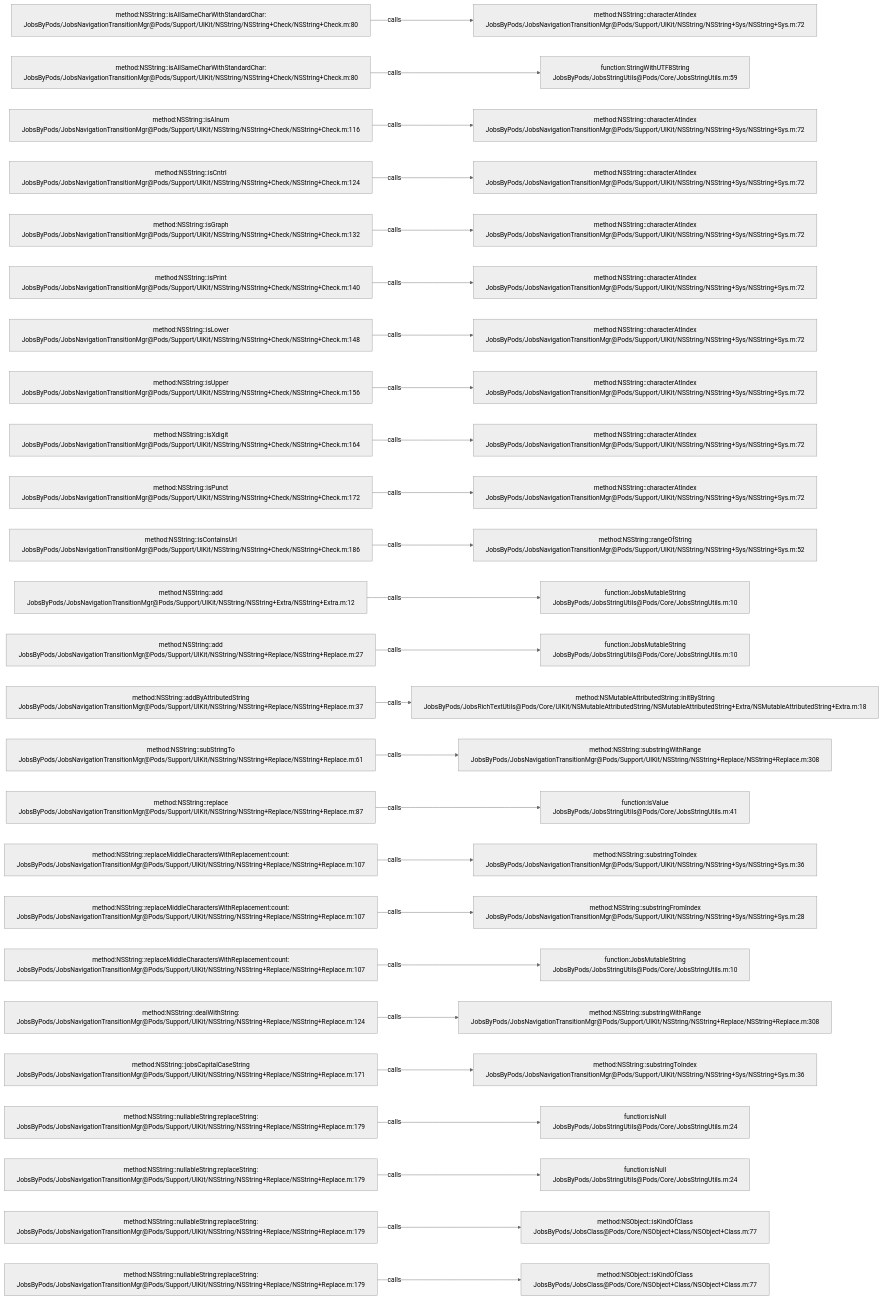
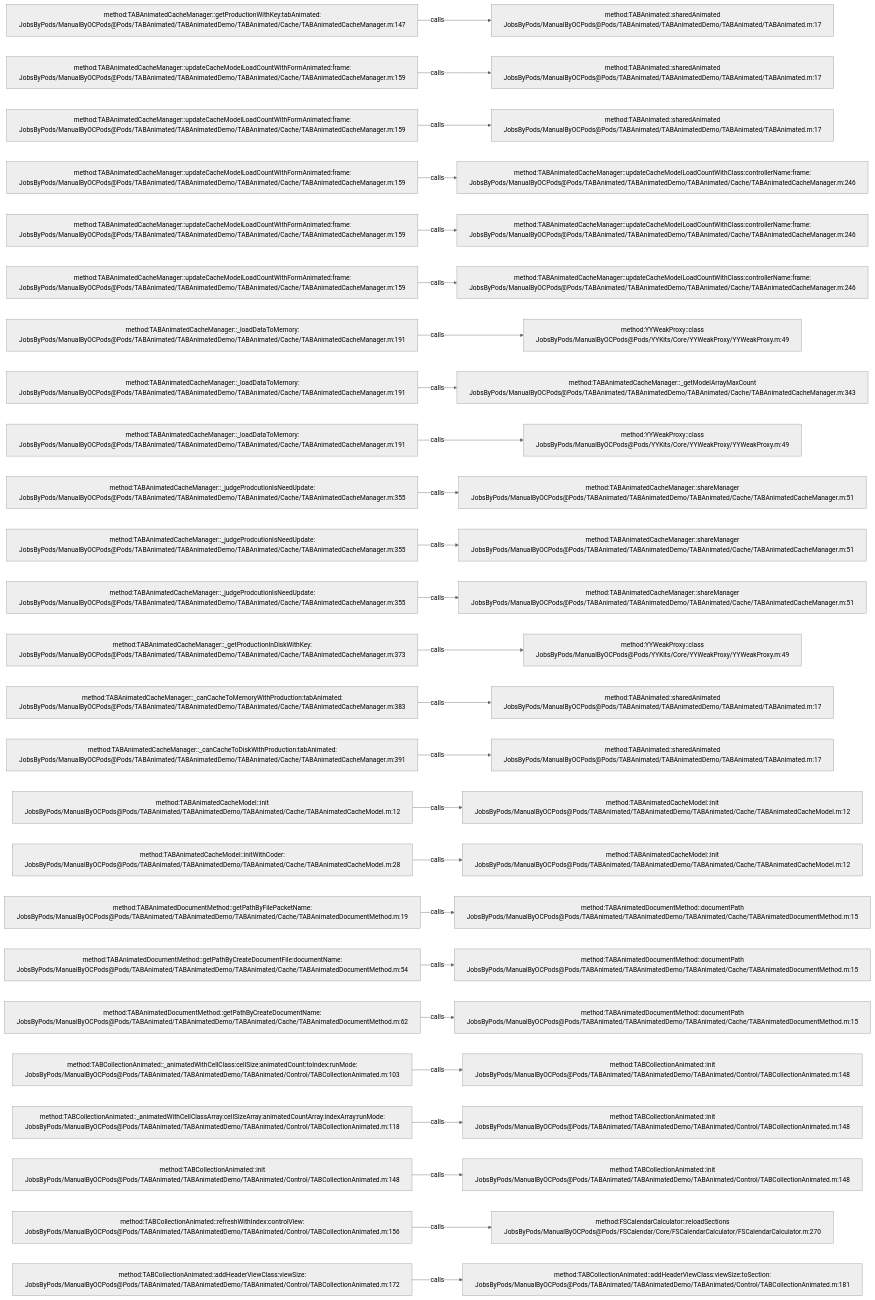
The diagram in .codegraph/codegraph.md/graphs/calls-126.md (JobsKits/JobsOCBaseConfigDemo), drawn with Mermaid (neutral theme) before and after one commit. The commit also changed 573 other files, not shown here.

````diff
--- a/.codegraph/codegraph.md/graphs/calls-126.md
+++ b/.codegraph/codegraph.md/graphs/calls-126.md
@@ -13,78 +13,78 @@
 ```mermaid
 flowchart LR
-  S1["method:NSString::isAllSameCharWithStandardChar:<br/>JobsByPods/JobsNavigationTransitionMgr@Pods/Support/UIKit/NSString/NSString+Check/NSString+Check.m:80"]
-  T1["method:NSString::characterAtIndex<br/>JobsByPods/JobsNavigationTransitionMgr@Pods/Support/UIKit/NSString/NSString+Sys/NSString+Sys.m:72"]
+  S1["method:TABAnimatedCacheManager::getProductionWithKey:tabAnimated:<br/>JobsByPods/ManualByOCPods@Pods/TABAnimated/TABAnimatedDemo/TABAnimated/Cache/TABAnimatedCacheManager.m:147"]
+  T1["method:TABAnimated::sharedAnimated<br/>JobsByPods/ManualByOCPods@Pods/TABAnimated/TABAnimatedDemo/TABAnimated/TABAnimated.m:17"]
   S1 -->|calls| T1
-  S2["method:NSString::isAllSameCharWithStandardChar:<br/>JobsByPods/JobsNavigationTransitionMgr@Pods/Support/UIKit/NSString/NSString+Check/NSString+Check.m:80"]
-  T2["function:StringWithUTF8String<br/>JobsByPods/JobsStringUtils@Pods/Core/JobsStringUtils.m:59"]
+  S2["method:TABAnimatedCacheManager::updateCacheModelLoadCountWithFormAnimated:frame:<br/>JobsByPods/ManualByOCPods@Pods/TABAnimated/TABAnimatedDemo/TABAnimated/Cache/TABAnimatedCacheManager.m:159"]
+  T2["method:TABAnimated::sharedAnimated<br/>JobsByPods/ManualByOCPods@Pods/TABAnimated/TABAnimatedDemo/TABAnimated/TABAnimated.m:17"]
   S2 -->|calls| T2
-  S3["method:NSString::isAlnum<br/>JobsByPods/JobsNavigationTransitionMgr@Pods/Support/UIKit/NSString/NSString+Check/NSString+Check.m:116"]
-  T3["method:NSString::characterAtIndex<br/>JobsByPods/JobsNavigationTransitionMgr@Pods/Support/UIKit/NSString/NSString+Sys/NSString+Sys.m:72"]
+  S3["method:TABAnimatedCacheManager::updateCacheModelLoadCountWithFormAnimated:frame:<br/>JobsByPods/ManualByOCPods@Pods/TABAnimated/TABAnimatedDemo/TABAnimated/Cache/TABAnimatedCacheManager.m:159"]
+  T3["method:TABAnimated::sharedAnimated<br/>JobsByPods/ManualByOCPods@Pods/TABAnimated/TABAnimatedDemo/TABAnimated/TABAnimated.m:17"]
   S3 -->|calls| T3
-  S4["method:NSString::isCntrl<br/>JobsByPods/JobsNavigationTransitionMgr@Pods/Support/UIKit/NSString/NSString+Check/NSString+Check.m:124"]
-  T4["method:NSString::characterAtIndex<br/>JobsByPods/JobsNavigationTransitionMgr@Pods/Support/UIKit/NSString/NSString+Sys/NSString+Sys.m:72"]
+  S4["method:TABAnimatedCacheManager::updateCacheModelLoadCountWithFormAnimated:frame:<br/>JobsByPods/ManualByOCPods@Pods/TABAnimated/TABAnimatedDemo/TABAnimated/Cache/TABAnimatedCacheManager.m:159"]
+  T4["method:TABAnimatedCacheManager::updateCacheModelLoadCountWithClass:controllerName:frame:<br/>JobsByPods/ManualByOCPods@Pods/TABAnimated/TABAnimatedDemo/TABAnimated/Cache/TABAnimatedCacheManager.m:246"]
   S4 -->|calls| T4
-  S5["method:NSString::isGraph<br/>JobsByPods/JobsNavigationTransitionMgr@Pods/Support/UIKit/NSString/NSString+Check/NSString+Check.m:132"]
-  T5["method:NSString::characterAtIndex<br/>JobsByPods/JobsNavigationTransitionMgr@Pods/Support/UIKit/NSString/NSString+Sys/NSString+Sys.m:72"]
+  S5["method:TABAnimatedCacheManager::updateCacheModelLoadCountWithFormAnimated:frame:<br/>JobsByPods/ManualByOCPods@Pods/TABAnimated/TABAnimatedDemo/TABAnimated/Cache/TABAnimatedCacheManager.m:159"]
+  T5["method:TABAnimatedCacheManager::updateCacheModelLoadCountWithClass:controllerName:frame:<br/>JobsByPods/ManualByOCPods@Pods/TABAnimated/TABAnimatedDemo/TABAnimated/Cache/TABAnimatedCacheManager.m:246"]
   S5 -->|calls| T5
-  S6["method:NSString::isPrint<br/>JobsByPods/JobsNavigationTransitionMgr@Pods/Support/UIKit/NSString/NSString+Check/NSString+Check.m:140"]
-  T6["method:NSString::characterAtIndex<br/>JobsByPods/JobsNavigationTransitionMgr@Pods/Support/UIKit/NSString/NSString+Sys/NSString+Sys.m:72"]
+  S6["method:TABAnimatedCacheManager::updateCacheModelLoadCountWithFormAnimated:frame:<br/>JobsByPods/ManualByOCPods@Pods/TABAnimated/TABAnimatedDemo/TABAnimated/Cache/TABAnimatedCacheManager.m:159"]
+  T6["method:TABAnimatedCacheManager::updateCacheModelLoadCountWithClass:controllerName:frame:<br/>JobsByPods/ManualByOCPods@Pods/TABAnimated/TABAnimatedDemo/TABAnimated/Cache/TABAnimatedCacheManager.m:246"]
   S6 -->|calls| T6
-  S7["method:NSString::isLower<br/>JobsByPods/JobsNavigationTransitionMgr@Pods/Support/UIKit/NSString/NSString+Check/NSString+Check.m:148"]
-  T7["method:NSString::characterAtIndex<br/>JobsByPods/JobsNavigationTransitionMgr@Pods/Support/UIKit/NSString/NSString+Sys/NSString+Sys.m:72"]
+  S7["method:TABAnimatedCacheManager::_loadDataToMemory:<br/>JobsByPods/ManualByOCPods@Pods/TABAnimated/TABAnimatedDemo/TABAnimated/Cache/TABAnimatedCacheManager.m:191"]
+  T7["method:YYWeakProxy::class<br/>JobsByPods/ManualByOCPods@Pods/YYKits/Core/YYWeakProxy/YYWeakProxy.m:49"]
   S7 -->|calls| T7
-  S8["method:NSString::isUpper<br/>JobsByPods/JobsNavigationTransitionMgr@Pods/Support/UIKit/NSString/NSString+Check/NSString+Check.m:156"]
-  T8["method:NSString::characterAtIndex<br/>JobsByPods/JobsNavigationTransitionMgr@Pods/Support/UIKit/NSString/NSString+Sys/NSString+Sys.m:72"]
+  S8["method:TABAnimatedCacheManager::_loadDataToMemory:<br/>JobsByPods/ManualByOCPods@Pods/TABAnimated/TABAnimatedDemo/TABAnimated/Cache/TABAnimatedCacheManager.m:191"]
+  T8["method:TABAnimatedCacheManager::_getModelArrayMaxCount<br/>JobsByPods/ManualByOCPods@Pods/TABAnimated/TABAnimatedDemo/TABAnimated/Cache/TABAnimatedCacheManager.m:343"]
   S8 -->|calls| T8
-  S9["method:NSString::isXdigit<br/>JobsByPods/JobsNavigationTransitionMgr@Pods/Support/UIKit/NSString/NSString+Check/NSString+Check.m:164"]
-  T9["method:NSString::characterAtIndex<br/>JobsByPods/JobsNavigationTransitionMgr@Pods/Support/UIKit/NSString/NSString+Sys/NSString+Sys.m:72"]
+  S9["method:TABAnimatedCacheManager::_loadDataToMemory:<br/>JobsByPods/ManualByOCPods@Pods/TABAnimated/TABAnimatedDemo/TABAnimated/Cache/TABAnimatedCacheManager.m:191"]
+  T9["method:YYWeakProxy::class<br/>JobsByPods/ManualByOCPods@Pods/YYKits/Core/YYWeakProxy/YYWeakProxy.m:49"]
   S9 -->|calls| T9
-  S10["method:NSString::isPunct<br/>JobsByPods/JobsNavigationTransitionMgr@Pods/Support/UIKit/NSString/NSString+Check/NSString+Check.m:172"]
-  T10["method:NSString::characterAtIndex<br/>JobsByPods/JobsNavigationTransitionMgr@Pods/Support/UIKit/NSString/NSString+Sys/NSString+Sys.m:72"]
+  S10["method:TABAnimatedCacheManager::_judgeProdcutionIsNeedUpdate:<br/>JobsByPods/ManualByOCPods@Pods/TABAnimated/TABAnimatedDemo/TABAnimated/Cache/TABAnimatedCacheManager.m:355"]
+  T10["method:TABAnimatedCacheManager::shareManager<br/>JobsByPods/ManualByOCPods@Pods/TABAnimated/TABAnimatedDemo/TABAnimated/Cache/TABAnimatedCacheManager.m:51"]
   S10 -->|calls| T10
-  S11["method:NSString::isContainsUrl<br/>JobsByPods/JobsNavigationTransitionMgr@Pods/Support/UIKit/NSString/NSString+Check/NSString+Check.m:186"]
-  T11["method:NSString::rangeOfString<br/>JobsByPods/JobsNavigationTransitionMgr@Pods/Support/UIKit/NSString/NSString+Sys/NSString+Sys.m:52"]
+  S11["method:TABAnimatedCacheManager::_judgeProdcutionIsNeedUpdate:<br/>JobsByPods/ManualByOCPods@Pods/TABAnimated/TABAnimatedDemo/TABAnimated/Cache/TABAnimatedCacheManager.m:355"]
+  T11["method:TABAnimatedCacheManager::shareManager<br/>JobsByPods/ManualByOCPods@Pods/TABAnimated/TABAnimatedDemo/TABAnimated/Cache/TABAnimatedCacheManager.m:51"]
   S11 -->|calls| T11
-  S12["method:NSString::add<br/>JobsByPods/JobsNavigationTransitionMgr@Pods/Support/UIKit/NSString/NSString+Extra/NSString+Extra.m:12"]
-  T12["function:JobsMutableString<br/>JobsByPods/JobsStringUtils@Pods/Core/JobsStringUtils.m:10"]
+  S12["method:TABAnimatedCacheManager::_judgeProdcutionIsNeedUpdate:<br/>JobsByPods/ManualByOCPods@Pods/TABAnimated/TABAnimatedDemo/TABAnimated/Cache/TABAnimatedCacheManager.m:355"]
+  T12["method:TABAnimatedCacheManager::shareManager<br/>JobsByPods/ManualByOCPods@Pods/TABAnimated/TABAnimatedDemo/TABAnimated/Cache/TABAnimatedCacheManager.m:51"]
   S12 -->|calls| T12
-  S13["method:NSString::add<br/>JobsByPods/JobsNavigationTransitionMgr@Pods/Support/UIKit/NSString/NSString+Replace/NSString+Replace.m:27"]
-  T13["function:JobsMutableString<br/>JobsByPods/JobsStringUtils@Pods/Core/JobsStringUtils.m:10"]
+  S13["method:TABAnimatedCacheManager::_getProductionInDiskWithKey:<br/>JobsByPods/ManualByOCPods@Pods/TABAnimated/TABAnimatedDemo/TABAnimated/Cache/TABAnimatedCacheManager.m:373"]
+  T13["method:YYWeakProxy::class<br/>JobsByPods/ManualByOCPods@Pods/YYKits/Core/YYWeakProxy/YYWeakProxy.m:49"]
   S13 -->|calls| T13
-  S14["method:NSString::addByAttributedString<br/>JobsByPods/JobsNavigationTransitionMgr@Pods/Support/UIKit/NSString/NSString+Replace/NSString+Replace.m:37"]
-  T14["method:NSMutableAttributedString::initByString<br/>JobsByPods/JobsRichTextUtils@Pods/Core/UIKit/NSMutableAttributedString/NSMutableAttributedString+Extra/NSMutableAttributedString+Extra.m:18"]
+  S14["method:TABAnimatedCacheManager::_canCacheToMemoryWithProduction:tabAnimated:<br/>JobsByPods/ManualByOCPods@Pods/TABAnimated/TABAnimatedDemo/TABAnimated/Cache/TABAnimatedCacheManager.m:383"]
+  T14["method:TABAnimated::sharedAnimated<br/>JobsByPods/ManualByOCPods@Pods/TABAnimated/TABAnimatedDemo/TABAnimated/TABAnimated.m:17"]
   S14 -->|calls| T14
-  S15["method:NSString::subStringTo<br/>JobsByPods/JobsNavigationTransitionMgr@Pods/Support/UIKit/NSString/NSString+Replace/NSString+Replace.m:61"]
-  T15["method:NSString::substringWithRange<br/>JobsByPods/JobsNavigationTransitionMgr@Pods/Support/UIKit/NSString/NSString+Replace/NSString+Replace.m:308"]
+  S15["method:TABAnimatedCacheManager::_canCacheToDiskWithProduction:tabAnimated:<br/>JobsByPods/ManualByOCPods@Pods/TABAnimated/TABAnimatedDemo/TABAnimated/Cache/TABAnimatedCacheManager.m:391"]
+  T15["method:TABAnimated::sharedAnimated<br/>JobsByPods/ManualByOCPods@Pods/TABAnimated/TABAnimatedDemo/TABAnimated/TABAnimated.m:17"]
   S15 -->|calls| T15
-  S16["method:NSString::replace<br/>JobsByPods/JobsNavigationTransitionMgr@Pods/Support/UIKit/NSString/NSString+Replace/NSString+Replace.m:87"]
-  T16["function:isValue<br/>JobsByPods/JobsStringUtils@Pods/Core/JobsStringUtils.m:41"]
+  S16["method:TABAnimatedCacheModel::init<br/>JobsByPods/ManualByOCPods@Pods/TABAnimated/TABAnimatedDemo/TABAnimated/Cache/TABAnimatedCacheModel.m:12"]
+  T16["method:TABAnimatedCacheModel::init<br/>JobsByPods/ManualByOCPods@Pods/TABAnimated/TABAnimatedDemo/TABAnimated/Cache/TABAnimatedCacheModel.m:12"]
   S16 -->|calls| T16
-  S17["method:NSString::replaceMiddleCharactersWithReplacement:count:<br/>JobsByPods/JobsNavigationTransitionMgr@Pods/Support/UIKit/NSString/NSString+Replace/NSString+Replace.m:107"]
-  T17["method:NSString::substringToIndex<br/>JobsByPods/JobsNavigationTransitionMgr@Pods/Support/UIKit/NSString/NSString+Sys/NSString+Sys.m:36"]
+  S17["method:TABAnimatedCacheModel::initWithCoder:<br/>JobsByPods/ManualByOCPods@Pods/TABAnimated/TABAnimatedDemo/TABAnimated/Cache/TABAnimatedCacheModel.m:28"]
+  T17["method:TABAnimatedCacheModel::init<br/>JobsByPods/ManualByOCPods@Pods/TABAnimated/TABAnimatedDemo/TABAnimated/Cache/TABAnimatedCacheModel.m:12"]
   S17 -->|calls| T17
-  S18["method:NSString::replaceMiddleCharactersWithReplacement:count:<br/>JobsByPods/JobsNavigationTransitionMgr@Pods/Support/UIKit/NSString/NSString+Replace/NSString+Replace.m:107"]
-  T18["method:NSString::substringFromIndex<br/>JobsByPods/JobsNavigationTransitionMgr@Pods/Support/UIKit/NSString/NSString+Sys/NSString+Sys.m:28"]
+  S18["method:TABAnimatedDocumentMethod::getPathByFilePacketName:<br/>JobsByPods/ManualByOCPods@Pods/TABAnimated/TABAnimatedDemo/TABAnimated/Cache/TABAnimatedDocumentMethod.m:19"]
+  T18["method:TABAnimatedDocumentMethod::documentPath<br/>JobsByPods/ManualByOCPods@Pods/TABAnimated/TABAnimatedDemo/TABAnimated/Cache/TABAnimatedDocumentMethod.m:15"]
   S18 -->|calls| T18
-  S19["method:NSString::replaceMiddleCharactersWithReplacement:count:<br/>JobsByPods/JobsNavigationTransitionMgr@Pods/Support/UIKit/NSString/NSString+Replace/NSString+Replace.m:107"]
-  T19["function:JobsMutableString<br/>JobsByPods/JobsStringUtils@Pods/Core/JobsStringUtils.m:10"]
+  S19["method:TABAnimatedDocumentMethod::getPathByCreateDocumentFile:documentName:<br/>JobsByPods/ManualByOCPods@Pods/TABAnimated/TABAnimatedDemo/TABAnimated/Cache/TABAnimatedDocumentMethod.m:54"]
+  T19["method:TABAnimatedDocumentMethod::documentPath<br/>JobsByPods/ManualByOCPods@Pods/TABAnimated/TABAnimatedDemo/TABAnimated/Cache/TABAnimatedDocumentMethod.m:15"]
   S19 -->|calls| T19
-  S20["method:NSString::dealWithString:<br/>JobsByPods/JobsNavigationTransitionMgr@Pods/Support/UIKit/NSString/NSString+Replace/NSString+Replace.m:124"]
-  T20["method:NSString::substringWithRange<br/>JobsByPods/JobsNavigationTransitionMgr@Pods/Support/UIKit/NSString/NSString+Replace/NSString+Replace.m:308"]
+  S20["method:TABAnimatedDocumentMethod::getPathByCreateDocumentName:<br/>JobsByPods/ManualByOCPods@Pods/TABAnimated/TABAnimatedDemo/TABAnimated/Cache/TABAnimatedDocumentMethod.m:62"]
+  T20["method:TABAnimatedDocumentMethod::documentPath<br/>JobsByPods/ManualByOCPods@Pods/TABAnimated/TABAnimatedDemo/TABAnimated/Cache/TABAnimatedDocumentMethod.m:15"]
   S20 -->|calls| T20
-  S21["method:NSString::jobsCapitalCaseString<br/>JobsByPods/JobsNavigationTransitionMgr@Pods/Support/UIKit/NSString/NSString+Replace/NSString+Replace.m:171"]
-  T21["method:NSString::substringToIndex<br/>JobsByPods/JobsNavigationTransitionMgr@Pods/Support/UIKit/NSString/NSString+Sys/NSString+Sys.m:36"]
+  S21["method:TABCollectionAnimated::_animatedWithCellClass:cellSize:animatedCount:toIndex:runMode:<br/>JobsByPods/ManualByOCPods@Pods/TABAnimated/TABAnimatedDemo/TABAnimated/Control/TABCollectionAnimated.m:103"]
+  T21["method:TABCollectionAnimated::init<br/>JobsByPods/ManualByOCPods@Pods/TABAnimated/TABAnimatedDemo/TABAnimated/Control/TABCollectionAnimated.m:148"]
   S21 -->|calls| T21
-  S22["method:NSString::nullableString:replaceString:<br/>JobsByPods/JobsNavigationTransitionMgr@Pods/Support/UIKit/NSString/NSString+Replace/NSString+Replace.m:179"]
-  T22["function:isNull<br/>JobsByPods/JobsStringUtils@Pods/Core/JobsStringUtils.m:24"]
+  S22["method:TABCollectionAnimated::_animatedWithCellClassArray:cellSizeArray:animatedCountArray:indexArray:runMode:<br/>JobsByPods/ManualByOCPods@Pods/TABAnimated/TABAnimatedDemo/TABAnimated/Control/TABCollectionAnimated.m:118"]
+  T22["method:TABCollectionAnimated::init<br/>JobsByPods/ManualByOCPods@Pods/TABAnimated/TABAnimatedDemo/TABAnimated/Control/TABCollectionAnimated.m:148"]
   S22 -->|calls| T22
-  S23["method:NSString::nullableString:replaceString:<br/>JobsByPods/JobsNavigationTransitionMgr@Pods/Support/UIKit/NSString/NSString+Replace/NSString+Replace.m:179"]
-  T23["function:isNull<br/>JobsByPods/JobsStringUtils@Pods/Core/JobsStringUtils.m:24"]
+  S23["method:TABCollectionAnimated::init<br/>JobsByPods/ManualByOCPods@Pods/TABAnimated/TABAnimatedDemo/TABAnimated/Control/TABCollectionAnimated.m:148"]
+  T23["method:TABCollectionAnimated::init<br/>JobsByPods/ManualByOCPods@Pods/TABAnimated/TABAnimatedDemo/TABAnimated/Control/TABCollectionAnimated.m:148"]
   S23 -->|calls| T23
-  S24["method:NSString::nullableString:replaceString:<br/>JobsByPods/JobsNavigationTransitionMgr@Pods/Support/UIKit/NSString/NSString+Replace/NSString+Replace.m:179"]
-  T24["method:NSObject::isKindOfClass<br/>JobsByPods/JobsClass@Pods/Core/NSObject+Class/NSObject+Class.m:77"]
+  S24["method:TABCollectionAnimated::refreshWithIndex:controlView:<br/>JobsByPods/ManualByOCPods@Pods/TABAnimated/TABAnimatedDemo/TABAnimated/Control/TABCollectionAnimated.m:156"]
+  T24["method:FSCalendarCalculator::reloadSections<br/>JobsByPods/ManualByOCPods@Pods/FSCalendar/Core/FSCalendarCalculator/FSCalendarCalculator.m:270"]
   S24 -->|calls| T24
-  S25["method:NSString::nullableString:replaceString:<br/>JobsByPods/JobsNavigationTransitionMgr@Pods/Support/UIKit/NSString/NSString+Replace/NSString+Replace.m:179"]
-  T25["method:NSObject::isKindOfClass<br/>JobsByPods/JobsClass@Pods/Core/NSObject+Class/NSObject+Class.m:77"]
+  S25["method:TABCollectionAnimated::addHeaderViewClass:viewSize:<br/>JobsByPods/ManualByOCPods@Pods/TABAnimated/TABAnimatedDemo/TABAnimated/Control/TABCollectionAnimated.m:172"]
+  T25["method:TABCollectionAnimated::addHeaderViewClass:viewSize:toSection:<br/>JobsByPods/ManualByOCPods@Pods/TABAnimated/TABAnimatedDemo/TABAnimated/Control/TABCollectionAnimated.m:181"]
   S25 -->|calls| T25
 ```
````
